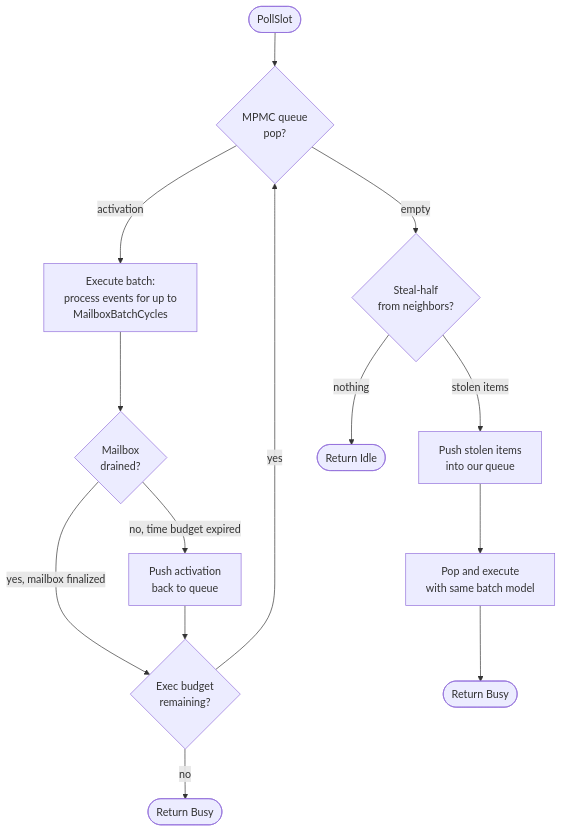
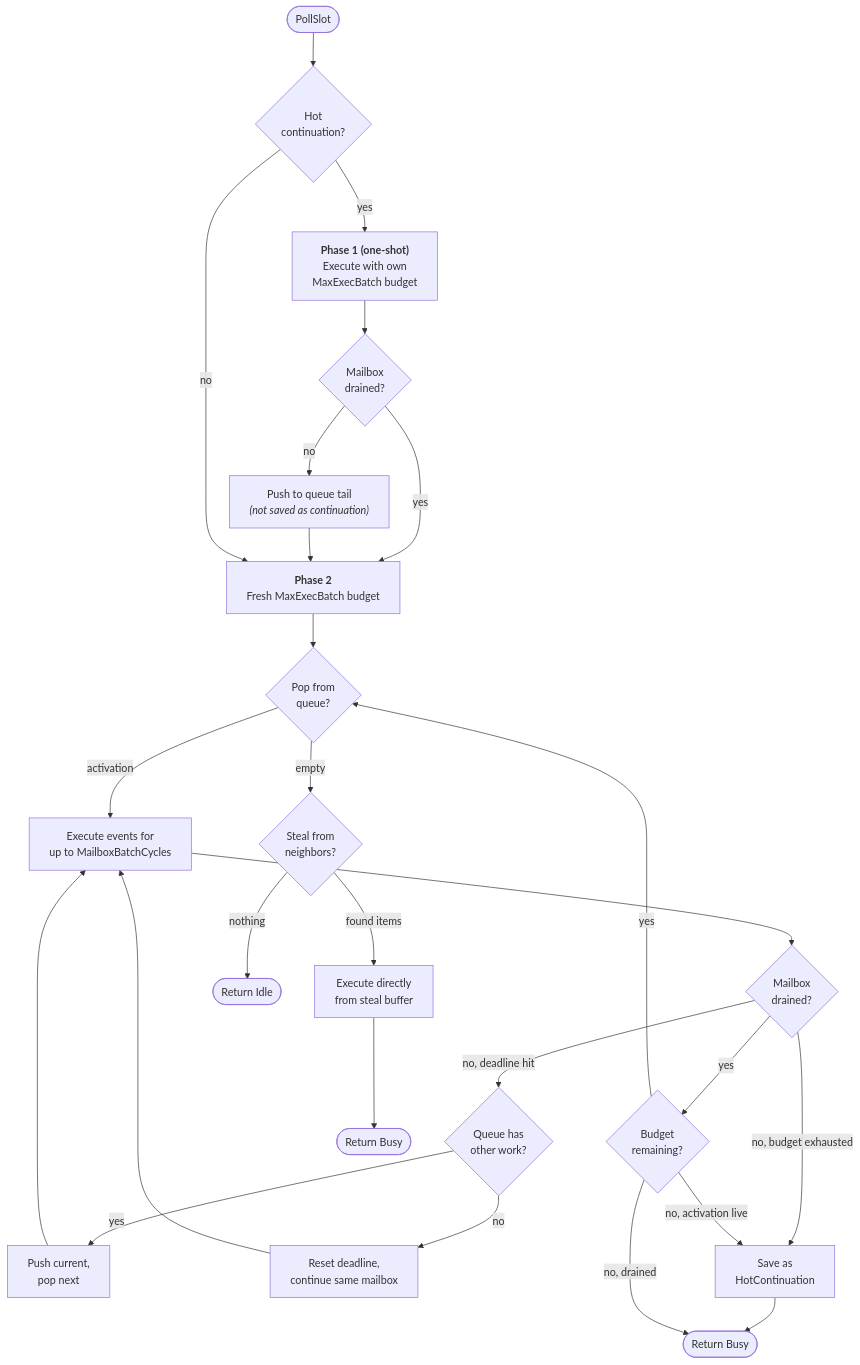
One commit to ak0rz/ydb changed the third of 4 diagrams in ydb/library/actors/core/workstealing/doc/rfc.md. Above: the diagram before and after it, drawn with Mermaid. The commit also changed other lines of this file, not shown here.

First line of the commit message:
Document hot continuation algorithm in RFC

````diff
--- a/ydb/library/actors/core/workstealing/doc/rfc.md
+++ b/ydb/library/actors/core/workstealing/doc/rfc.md
@@ -92,18 +98,34 @@
 ```mermaid
 flowchart TD
-    START([PollSlot]) --> POP
+    START([PollSlot]) --> CONT{Hot<br/>continuation?}
 
-    POP{MPMC queue<br/>pop?} -->|activation| BATCH[Execute batch:<br/>process events for up to<br/>MailboxBatchCycles]
-    BATCH --> DONE{Mailbox<br/>drained?}
-    DONE -->|no, time budget expired| PUSH[Push activation<br/>back to queue]
-    DONE -->|yes, mailbox finalized| BUDGET
-    PUSH --> BUDGET{Exec budget<br/>remaining?}
-    BUDGET -->|yes| POP
-    BUDGET -->|no| BUSY(["Return Busy"])
+    CONT -->|yes| P1["<b>Phase 1 (one-shot)</b><br/>Execute with own<br/>MaxExecBatch budget"]
+    P1 --> P1DONE{Mailbox<br/>drained?}
+    P1DONE -->|no| P1PUSH["Push to queue tail<br/><i>(not saved as continuation)</i>"]
+    P1DONE -->|yes| P2START
+    P1PUSH --> P2START
 
-    POP -->|empty| STEAL{Steal-half<br/>from neighbors?}
-    STEAL -->|stolen items| PUSH_STOLEN[Push stolen items<br/>into our queue]
-    PUSH_STOLEN --> EXEC_STOLEN[Pop and execute<br/>with same batch model]
-    EXEC_STOLEN --> BUSY_STOLEN(["Return Busy"])
-    STEAL -->|nothing| IDLE([Return Idle])
+    CONT -->|no| P2START
+    P2START["<b>Phase 2</b><br/>Fresh MaxExecBatch budget"] --> POP
+
+    POP{Pop from<br/>queue?} -->|activation| EXEC["Execute events for<br/>up to MailboxBatchCycles"]
+    EXEC --> DRAIN{Mailbox<br/>drained?}
+    DRAIN -->|yes| BUDGET
+    DRAIN -->|no, deadline hit| PEEK{Queue has<br/>other work?}
+    PEEK -->|yes| SWAP["Push current,<br/>pop next"]
+    PEEK -->|no| RESET["Reset deadline,<br/>continue same mailbox"]
+    SWAP --> EXEC
+    RESET --> EXEC
+
+    BUDGET{Budget<br/>remaining?} -->|yes| POP
+    DRAIN -->|no, budget exhausted| SAVE
+    BUDGET -->|no, activation live| SAVE
+
+    SAVE["Save as<br/>HotContinuation"] --> BUSY(["Return Busy"])
+    BUDGET -->|no, drained| BUSY
+
+    POP -->|empty| STEAL{Steal from<br/>neighbors?}
+    STEAL -->|found items| EXEC_STOLEN["Execute directly<br/>from steal buffer"]
+    EXEC_STOLEN --> BUSY2(["Return Busy"])
+    STEAL -->|nothing| IDLE(["Return Idle"])
 ```
````
